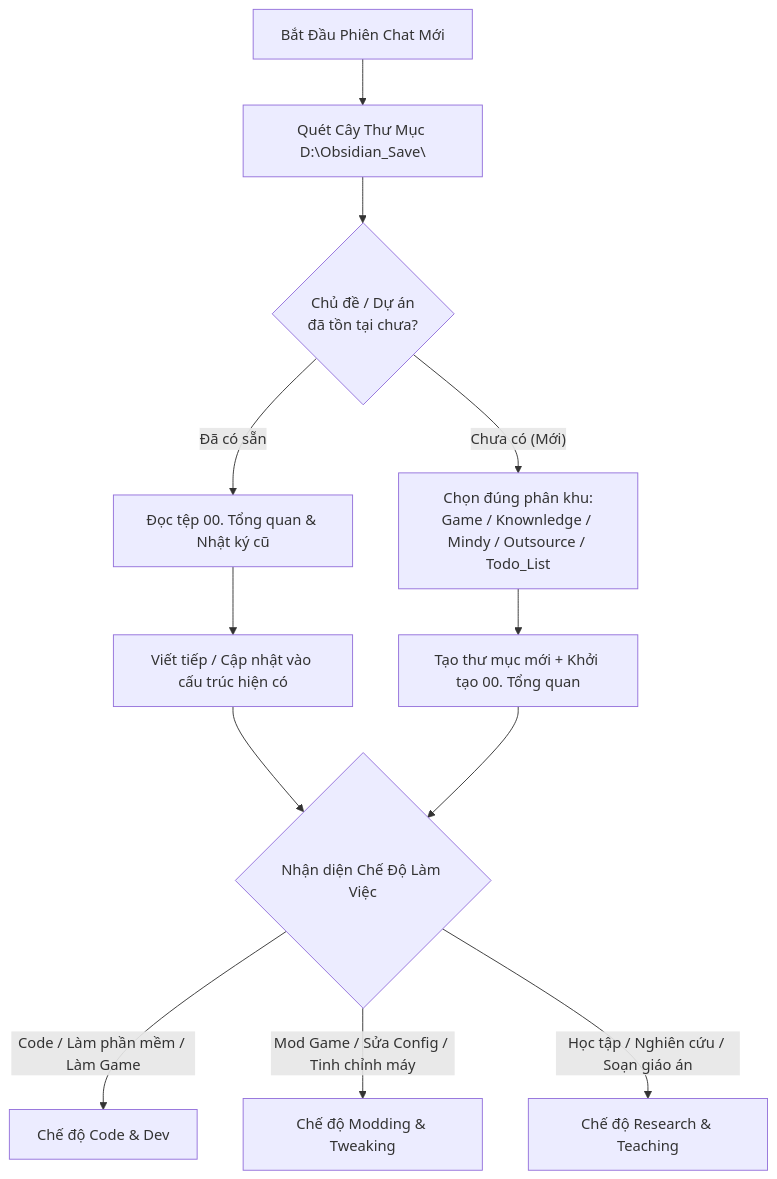
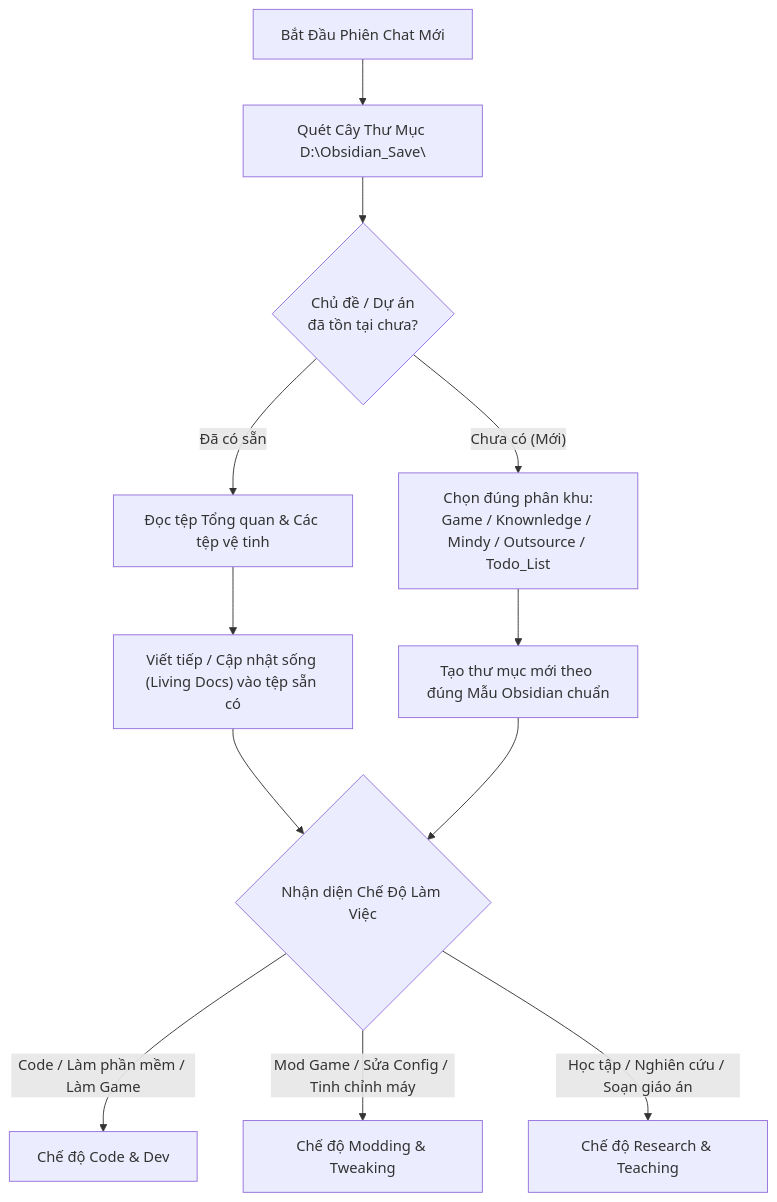
One commit to LordV4D3R/Game changed the first of 2 diagrams in GEMINI.md. Above: the diagram before and after it, drawn with Mermaid. The commit also changed other lines of this file, not shown here.

Commit message:
docs: add Obsidian template compliance, living document rule, and modular hierarchy to GEMINI.md

````diff
--- a/GEMINI.md
+++ b/GEMINI.md
@@ -21,18 +21,18 @@
 ```mermaid
 flowchart TD
     Start["Bắt Đầu Phiên Chat Mới"] --> Scan["Quét Cây Thư Mục D:\Obsidian_Save\"]
     Scan --> Exists{"Chủ đề / Dự án<br>đã tồn tại chưa?"}
     
-    Exists -- "Đã có sẵn" --> ReadHub["Đọc tệp 00. Tổng quan & Nhật ký cũ"]
-    ReadHub --> ContinueWork["Viết tiếp / Cập nhật vào cấu trúc hiện có"]
+    Exists -- "Đã có sẵn" --> ReadHub["Đọc tệp Tổng quan & Các tệp vệ tinh"]
+    ReadHub --> ContinueWork["Viết tiếp / Cập nhật sống (Living Docs) vào tệp sẵn có"]
     
     Exists -- "Chưa có (Mới)" --> PickZone["Chọn đúng phân khu:<br>Game / Knownledge / Mindy / Outsource / Todo_List"]
-    PickZone --> InitFolder["Tạo thư mục mới + Khởi tạo 00. Tổng quan"]
+    PickZone --> InitFolder["Tạo thư mục mới theo đúng Mẫu Obsidian chuẩn"]
     
     ContinueWork --> DetectMode{"Nhận diện Chế Độ Làm Việc"}
     InitFolder --> DetectMode
     
     DetectMode -- "Code / Làm phần mềm / Làm Game" --> ModeCode["Chế độ Code & Dev"]
     DetectMode -- "Mod Game / Sửa Config / Tinh chỉnh máy" --> ModeMod["Chế độ Modding & Tweaking"]
     DetectMode -- "Học tập / Nghiên cứu / Soạn giáo án" --> ModeStudy["Chế độ Research & Teaching"]
 ```
````
